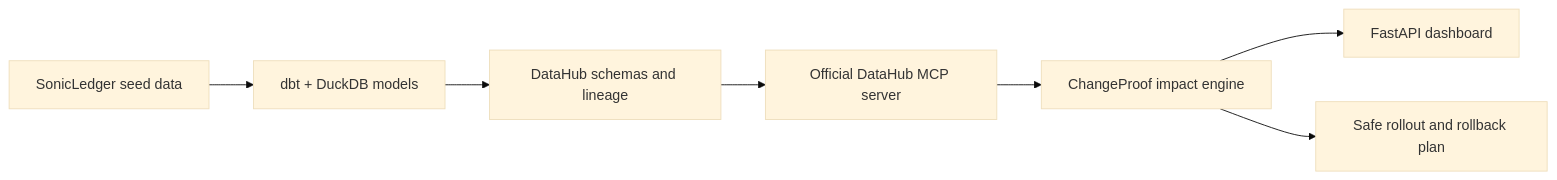
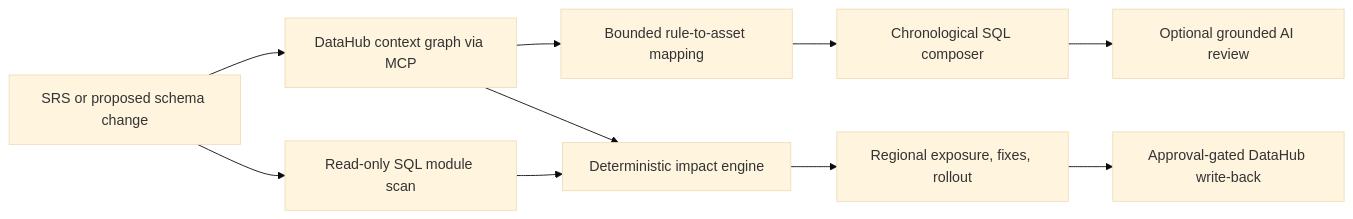
The diagram in README.md (rishvaiyer/ChangeProof), drawn with Mermaid (base theme) before and after one commit. The commit also changed other lines of this file and 70 other files, not shown here.

First line of the commit message:
feat: add contextIsKey DataHub context bridge

````diff
--- a/README.md
+++ b/README.md
@@ -43,9 +183,12 @@
 ```mermaid
 flowchart LR
-    A["SonicLedger seed data"] --> B["dbt + DuckDB models"]
-    B --> C["DataHub schemas and lineage"]
-    C --> D["Official DataHub MCP server"]
-    D --> E["ChangeProof impact engine"]
-    E --> F["FastAPI dashboard"]
-    E --> G["Safe rollout and rollback plan"]
+    A["SRS or proposed schema change"] --> B["DataHub context graph via MCP"]
+    B --> C["Bounded rule-to-asset mapping"]
+    C --> D["Chronological SQL composer"]
+    A --> E["Read-only SQL module scan"]
+    B --> F["Deterministic impact engine"]
+    E --> F
+    F --> G["Regional exposure, fixes, rollout"]
+    D --> H["Optional grounded AI review"]
+    G --> I["Approval-gated DataHub write-back"]
 ```
````
